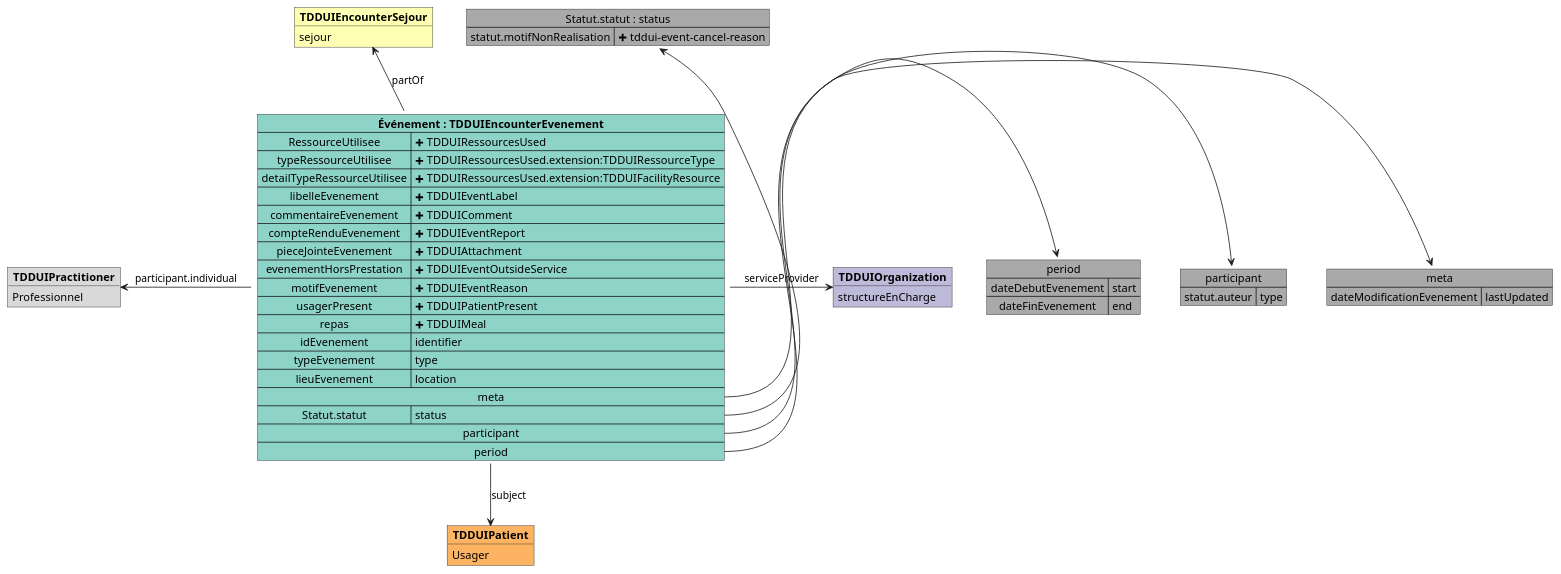
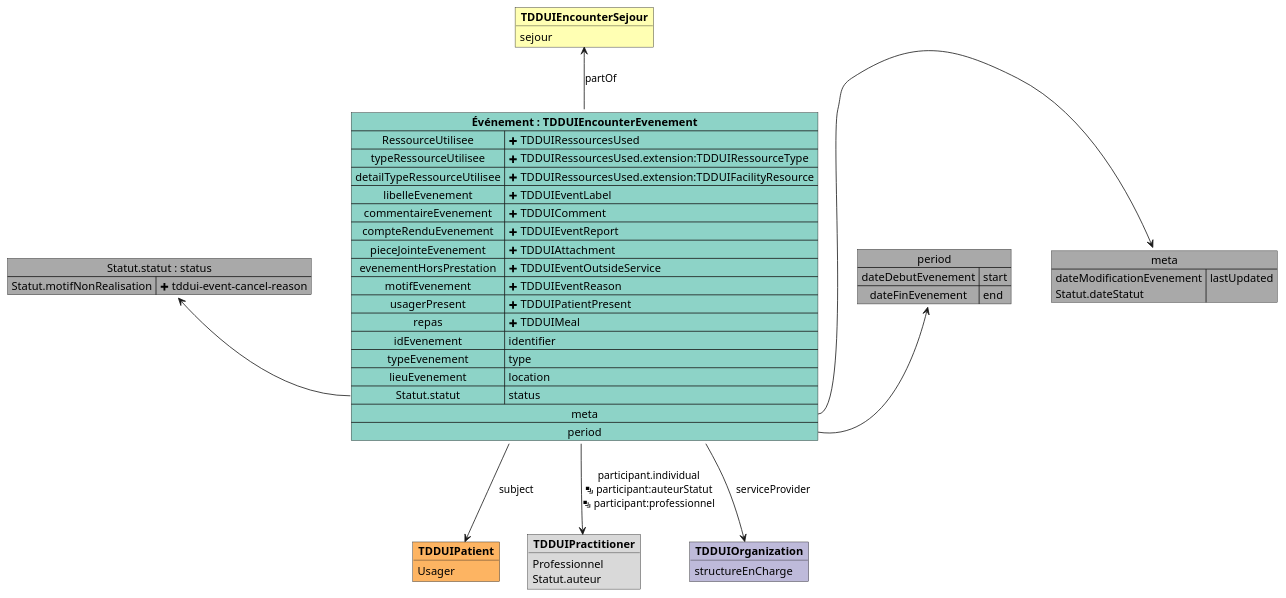
Before and after one commit to ansforge/IG-fhir-medicosocial-transfert-donnees-dui: the diagram in input/images-source/mapping_TDDUIEncounterEvenement.plantuml, drawn with PlantUML. The commit also changed 9 other files, not shown here.

Commit message:
Update diagram mapping

```diff
--- a/input/images-source/mapping_TDDUIEncounterEvenement.plantuml
+++ b/input/images-source/mapping_TDDUIEncounterEvenement.plantuml
@@ -1,64 +1,60 @@
 @startuml
 
 map "meta" as meta #DarkGray {
-    dateModificationEvenement => lastUpdated
+    dateModificationEvenement\nStatut.dateStatut => lastUpdated
 }
 
 map "Statut.statut : status" as Statutstatut #DarkGray {
-    statut.motifNonRealisation => <&plus> tddui-event-cancel-reason
-}
-
-map "participant" as participant #DarkGray {
-    statut.auteur => type
+    Statut.motifNonRealisation => <&plus> tddui-event-cancel-reason
 }
 
 map "period" as period #DarkGray {
     dateDebutEvenement => start
     dateFinEvenement => end
 }
 
 object "**TDDUIPatient**" as TDDUIPatient #fdb462 {
     Usager
 }
 
 object "**TDDUIPractitioner**" as TDDUIPractitioner #d9d9d9 {
     Professionnel
+    Statut.auteur
 }
 
 object "**TDDUIOrganization**" as TDDUIOrganization #bebada {
     structureEnCharge
 }
 
 object "**TDDUIEncounterSejour**" as TDDUIEncounterSejour #ffffb3 {
     sejour
 }
 
 map "**Événement : TDDUIEncounterEvenement**" as Événement #8dd3c7 {
     RessourceUtilisee => <&plus> TDDUIRessourcesUsed
     typeRessourceUtilisee => <&plus> TDDUIRessourcesUsed.extension:TDDUIRessourceType
     detailTypeRessourceUtilisee => <&plus> TDDUIRessourcesUsed.extension:TDDUIMaterialDetail
     detailTypeRessourceUtilisee => <&plus> TDDUIRessourcesUsed.extension:TDDUIFacilityResource
     libelleEvenement => <&plus> TDDUIEventLabel
     commentaireEvenement => <&plus> TDDUIComment
     compteRenduEvenement => <&plus> TDDUIEventReport
     pieceJointeEvenement => <&plus> TDDUIAttachment
     evenementHorsPrestation => <&plus> TDDUIEventOutsideService
     motifEvenement => <&plus> TDDUIEventReason
     usagerPresent => <&plus> TDDUIPatientPresent
     repas => <&plus> TDDUIMeal
     idEvenement => identifier
     typeEvenement => type
     lieuEvenement => location
+    Statut.statut => status
     meta *-> meta
-    Statut.statut => status
-    participant *-> participant
     period *-> period
 }
 
-Événement::Statut.statut -u-> Statutstatut
-Événement -d-> TDDUIPatient : subject
-Événement -l-> TDDUIPractitioner : participant.individual
-Événement -r-> TDDUIOrganization : serviceProvider
+Événement::Statut.statut -l-> Statutstatut
+Événement --> TDDUIPatient : subject
+Événement --> TDDUIPractitioner : participant.individual\n<&layers> participant:auteurStatut\n<&layers> participant:professionnel
+Événement --> TDDUIOrganization : serviceProvider
 Événement -u-> TDDUIEncounterSejour : partOf
 
 @enduml
```
